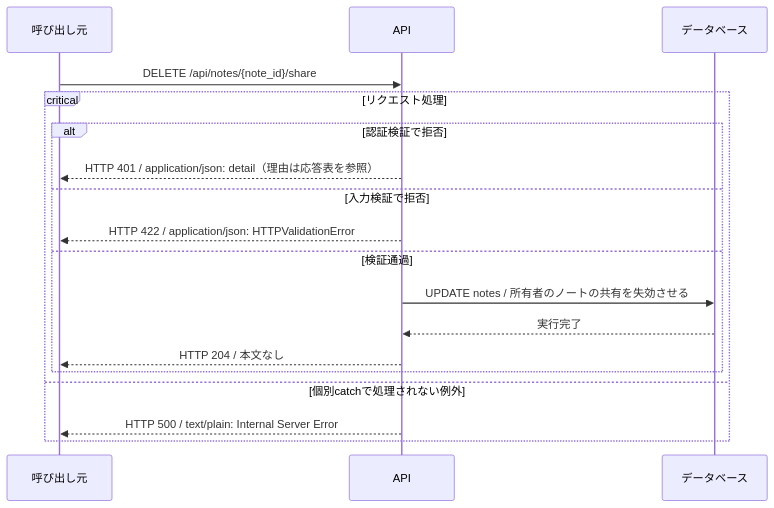
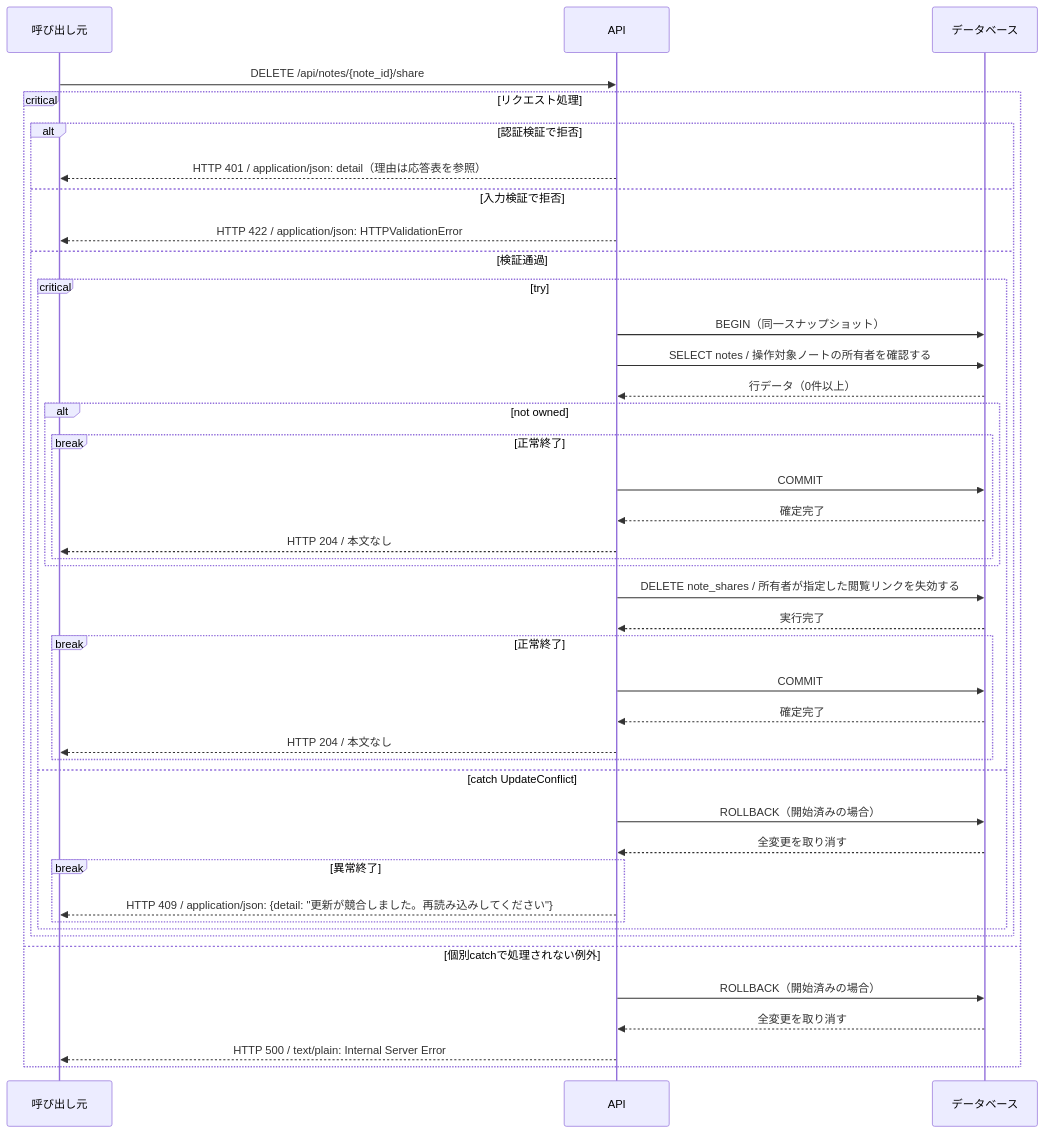
The diagram in docs/generated/apis/revoke_share/sequence.gen.md (tsuji-tomonori/CornellNoteWebv2), drawn with Mermaid before and after one commit. The commit also changed other lines of this file and 194 other files, not shown here.

````diff
--- a/docs/generated/apis/revoke_share/sequence.gen.md
+++ b/docs/generated/apis/revoke_share/sequence.gen.md
@@ -22,20 +22,44 @@
 ```mermaid
 sequenceDiagram
     participant C as 呼び出し元
     participant A as API
     participant D as データベース
     C->>A: DELETE /api/notes/{note_id}/share
     critical リクエスト処理
     alt 認証検証で拒否
     A-->>C: HTTP 401 / application/json: detail（理由は応答表を参照）
     else 入力検証で拒否
     A-->>C: HTTP 422 / application/json: HTTPValidationError
     else 検証通過
-    A->>D: UPDATE notes / 所有者のノートの共有を失効させる
-    D-->>A: 実行完了
+    critical try
+    A->>D: BEGIN（同一スナップショット）
+    A->>D: SELECT notes / 操作対象ノートの所有者を確認する
+    D-->>A: 行データ（0件以上）
+    alt not owned
+    break 正常終了
+    A->>D: COMMIT
+    D-->>A: 確定完了
     A-->>C: HTTP 204 / 本文なし
     end
+    end
+    A->>D: DELETE note_shares / 所有者が指定した閲覧リンクを失効する
+    D-->>A: 実行完了
+    break 正常終了
+    A->>D: COMMIT
+    D-->>A: 確定完了
+    A-->>C: HTTP 204 / 本文なし
+    end
+    option catch UpdateConflict
+    A->>D: ROLLBACK（開始済みの場合）
+    D-->>A: 全変更を取り消す
+    break 異常終了
+    A-->>C: HTTP 409 / application/json: {detail: #quot;更新が競合しました。再読み込みしてください#quot;}
+    end
+    end
+    end
     option 個別catchで処理されない例外
+    A->>D: ROLLBACK（開始済みの場合）
+    D-->>A: 全変更を取り消す
     A-->>C: HTTP 500 / text/plain: Internal Server Error
     end
 ```
````
